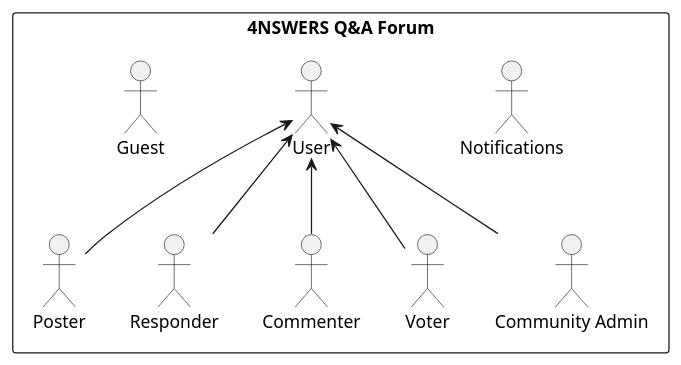
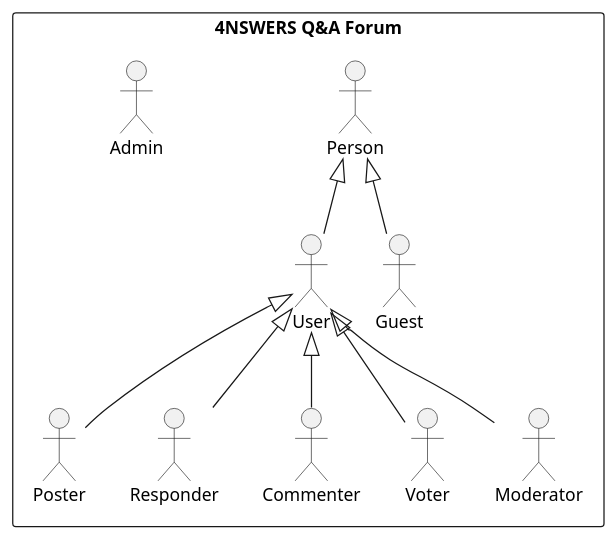
One commit to rodeso/lbaw.4nswers changed the diagram in wiki/docs/ER/UML/actors.puml. Above: the diagram before and after it, drawn with PlantUML.

Commit message:
actors changes

```diff
--- a/wiki/docs/ER/UML/actors.puml
+++ b/wiki/docs/ER/UML/actors.puml
@@ -1,24 +1,26 @@
 @startuml Actors
 top to bottom direction
 
 rectangle "4NSWERS Q&A Forum" {
 
-  actor Notifications
   actor User
   actor Guest
+  actor Person
   actor Poster as PosterUser
   actor Responder as ResponderUser
   actor Commenter as CommentUser
   actor Voter as VoterUser
-  actor "Community Admin" as AdminUser
+  actor Moderator as ModeratorUser
+  actor Admin as AdminUser
  
-
-  User <-- PosterUser
-  User <-- ResponderUser
-  User <-- CommentUser
-  User <-- VoterUser
-  User <-- AdminUser
+  Person ^-- User
+  Person ^-- Guest
+  User ^-- PosterUser
+  User ^-- ResponderUser
+  User ^-- CommentUser
+  User ^-- VoterUser
+  User ^-- ModeratorUser
 
 }
 
 @enduml
```
